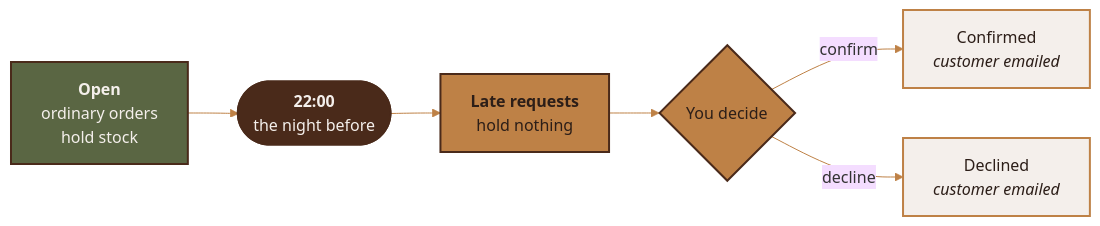
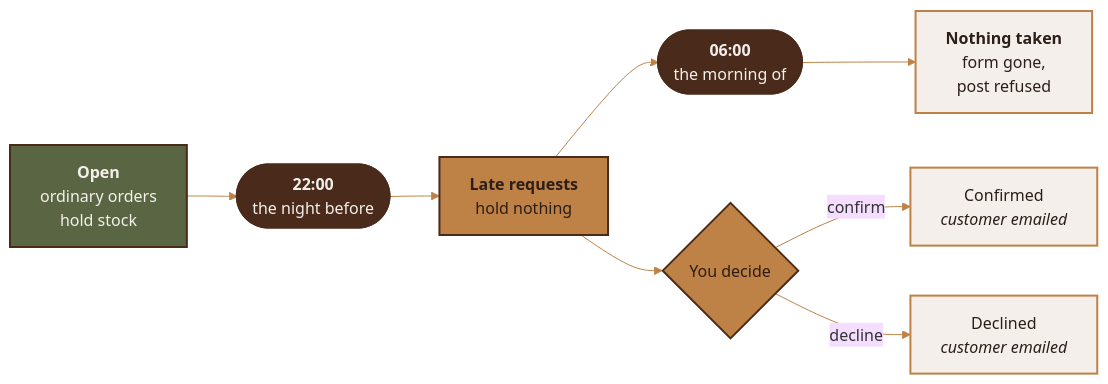
Before and after one commit to A-Theme/dinner-by-derek: the second of 2 diagrams in README.md, drawn with Mermaid. The commit also changed other lines of this file and 10 other files, not shown here.

````diff
--- a/README.md
+++ b/README.md
@@ -313,23 +321,26 @@
 ```mermaid
 %%{init: {'theme':'base','themeVariables':{'fontFamily':'Georgia, serif','lineColor':'#BE8146'}}}%%
 flowchart LR
   OPEN["<b>Open</b><br/>ordinary orders<br/>hold stock"]
   CUT(["<b>22:00</b><br/>the night before"])
   LATE["<b>Late requests</b><br/>hold nothing"]
+  SIX(["<b>06:00</b><br/>the morning of"])
+  SHUT["<b>Nothing taken</b><br/>form gone,<br/>post refused"]
   YOU{"You decide"}
   YES["Confirmed<br/><i>customer emailed</i>"]
   NO["Declined<br/><i>customer emailed</i>"]
 
-  OPEN --> CUT --> LATE --> YOU
+  OPEN --> CUT --> LATE --> SIX --> SHUT
+  LATE --> YOU
   YOU -- confirm --> YES
   YOU -- decline --> NO
 
   classDef open fill:#5A6643,stroke:#4A2A1A,stroke-width:2px,color:#F4EFEB
   classDef cut fill:#4A2A1A,stroke:#4A2A1A,stroke-width:2px,color:#F4EFEB
   classDef late fill:#BE8146,stroke:#4A2A1A,stroke-width:2px,color:#2C1E18
   classDef out fill:#F4EFEB,stroke:#BE8146,stroke-width:2px,color:#2C1E18
   class OPEN open
-  class CUT cut
+  class CUT,SIX cut
   class LATE,YOU late
-  class YES,NO out
+  class YES,NO,SHUT out
 ```
````
